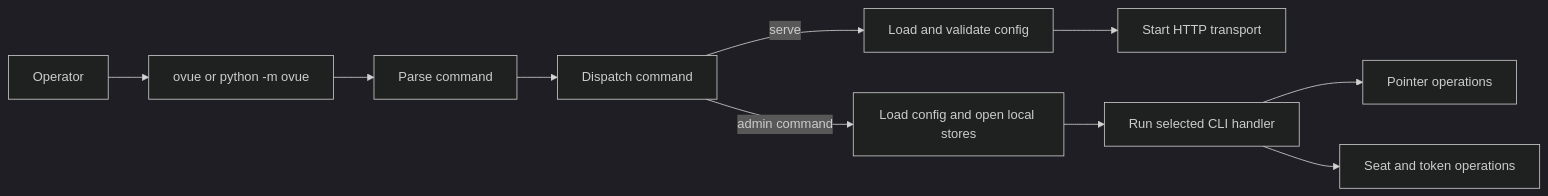
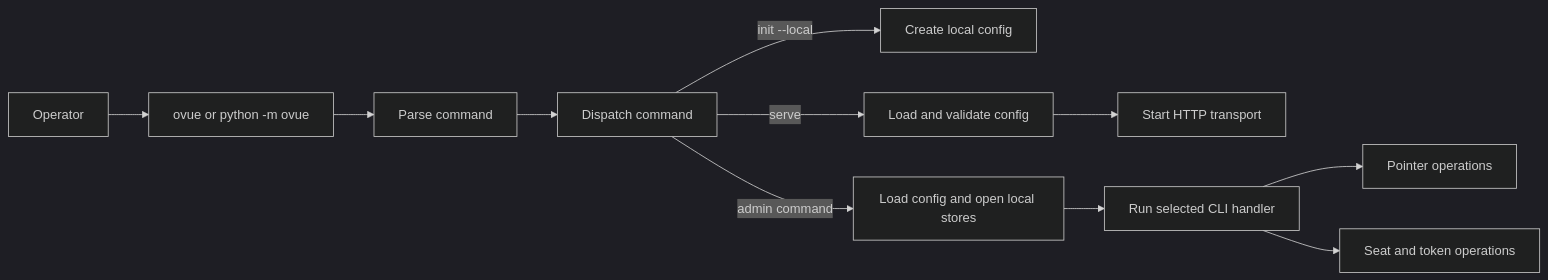
Before and after one commit to afroguy16/ovue: the diagram in ovue/cli/spec.md, drawn with Mermaid (dark theme). The commit also changed other lines of this file and 1 other file, not shown here.

Commit message:
docs(cli): specify local first-run setup

````diff
--- a/ovue/cli/spec.md
+++ b/ovue/cli/spec.md
@@ -32,12 +34,13 @@
 ```mermaid
 flowchart LR
     Operator[Operator] --> Entry[ovue or python -m ovue]
     Entry --> Parser[Parse command]
     Parser --> Dispatch[Dispatch command]
+    Dispatch -->|init --local| LocalConfig[Create local config]
     Dispatch -->|serve| Settings[Load and validate config]
     Settings --> HTTP[Start HTTP transport]
     Dispatch -->|admin command| Context[Load config and open local stores]
     Context --> Commands[Run selected CLI handler]
     Commands --> Operations[Pointer operations]
     Commands --> Seats[Seat and token operations]
 ```
````
